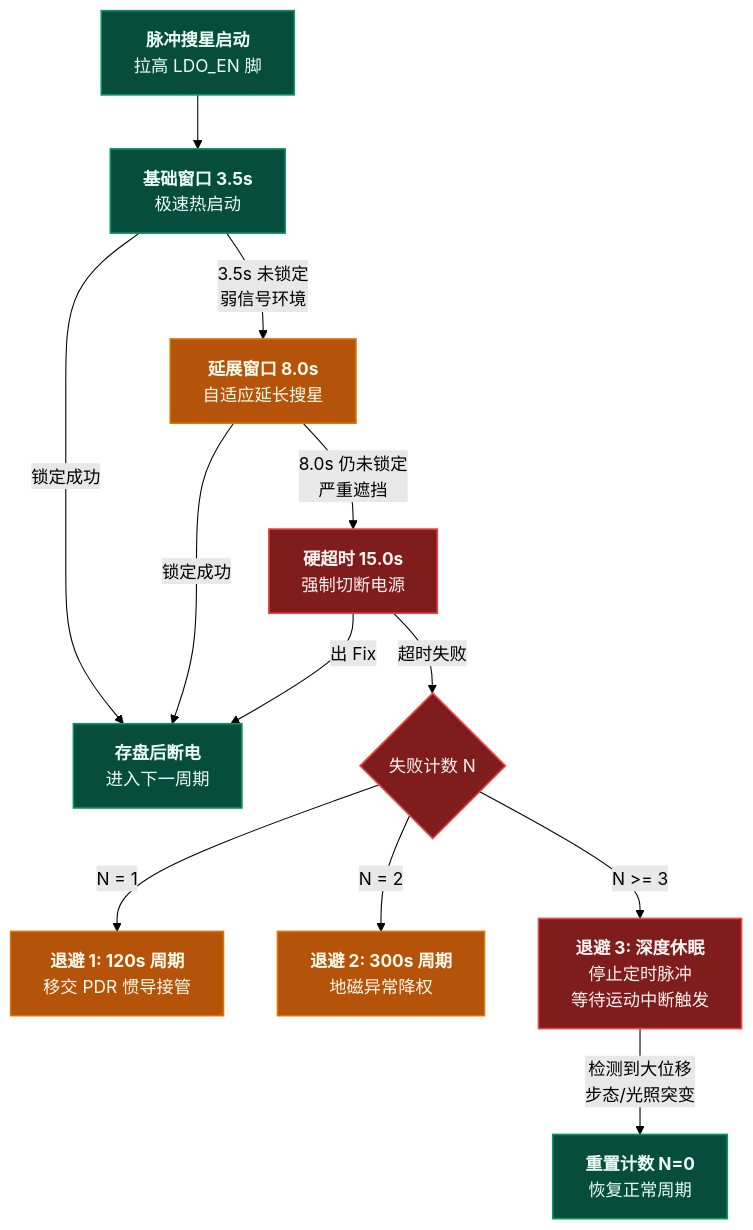
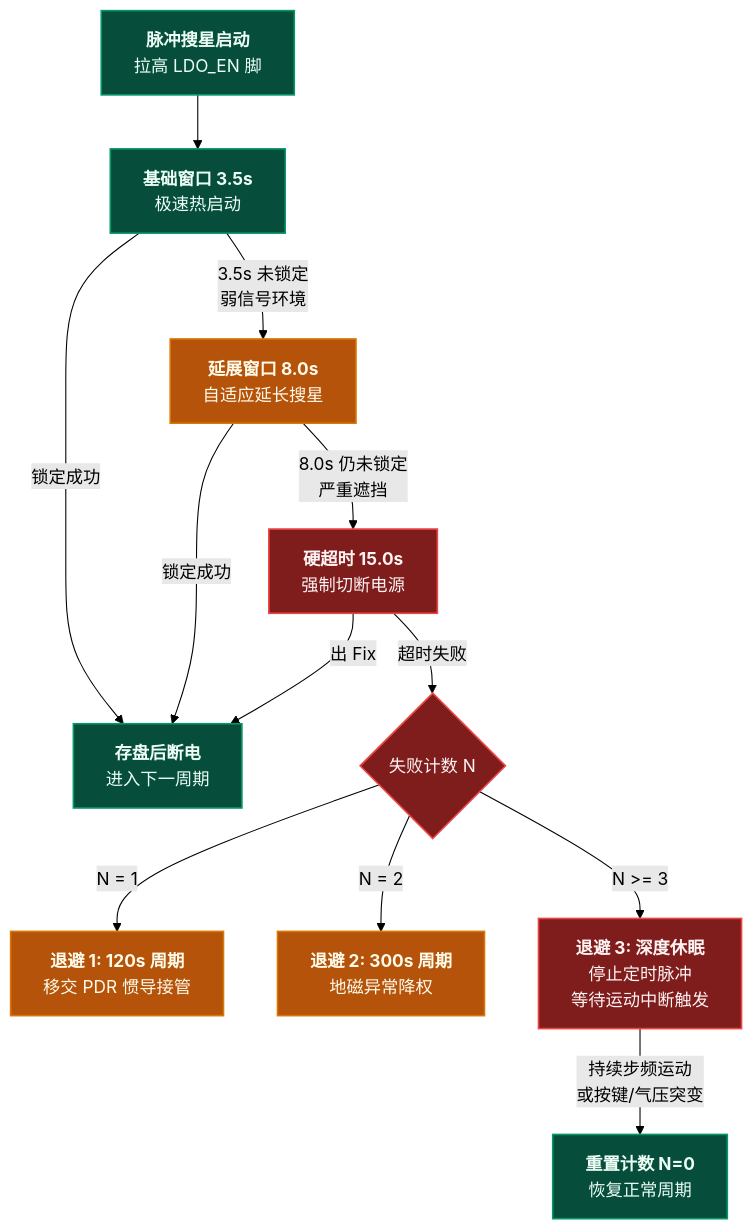
The third of 6 diagrams in README.md (suntyrael/Life_GPS), drawn with Mermaid (forest theme) before and after one commit. The commit also changed other lines of this file, not shown here.

Commit message:
fix(docs): remove phantom ambient light sensor references and correct wake-up triggers

````diff
--- a/README.md
+++ b/README.md
@@ -532,22 +532,22 @@
 ```mermaid
 flowchart TD
     classDef norm fill:#064e3b,stroke:#059669,stroke-width:1.5px,color:#ecfdf5;
     classDef warn fill:#b45309,stroke:#d97706,stroke-width:1.5px,color:#fffbeb;
     classDef err fill:#7f1d1d,stroke:#ef4444,stroke-width:1.5px,color:#fef2f2;
 
     PULSE["<b>脉冲搜星启动</b><br/>拉高 LDO_EN 脚"]:::norm --> W35["<b>基础窗口 3.5s</b><br/>极速热启动"]:::norm
     W35 -->|"锁定成功"| S_OK["<b>存盘后断电</b><br/>进入下一周期"]:::norm
 
     W35 -->|"3.5s 未锁定<br/>弱信号环境"| W8["<b>延展窗口 8.0s</b><br/>自适应延长搜星"]:::warn
     W8 -->|"锁定成功"| S_OK
 
     W8 -->|"8.0s 仍未锁定<br/>严重遮挡"| W15["<b>硬超时 15.0s</b><br/>强制切断电源"]:::err
     W15 -->|"出 Fix"| S_OK
     W15 -->|"超时失败"| FC{"失败计数 N"}:::err
 
     FC -->|"N = 1"| B1["<b>退避 1: 120s 周期</b><br/>移交 PDR 惯导接管"]:::warn
     FC -->|"N = 2"| B2["<b>退避 2: 300s 周期</b><br/>地磁异常降权"]:::warn
     FC -->|"N &gt;= 3"| B3["<b>退避 3: 深度休眠</b><br/>停止定时脉冲<br/>等待运动中断触发"]:::err
 
-    B3 -->|"检测到大位移<br/>步态/光照突变"| RE["<b>重置计数 N=0</b><br/>恢复正常周期"]:::norm
+    B3 -->|"持续步频运动<br/>或按键/气压突变"| RE["<b>重置计数 N=0</b><br/>恢复正常周期"]:::norm
 ```
````
